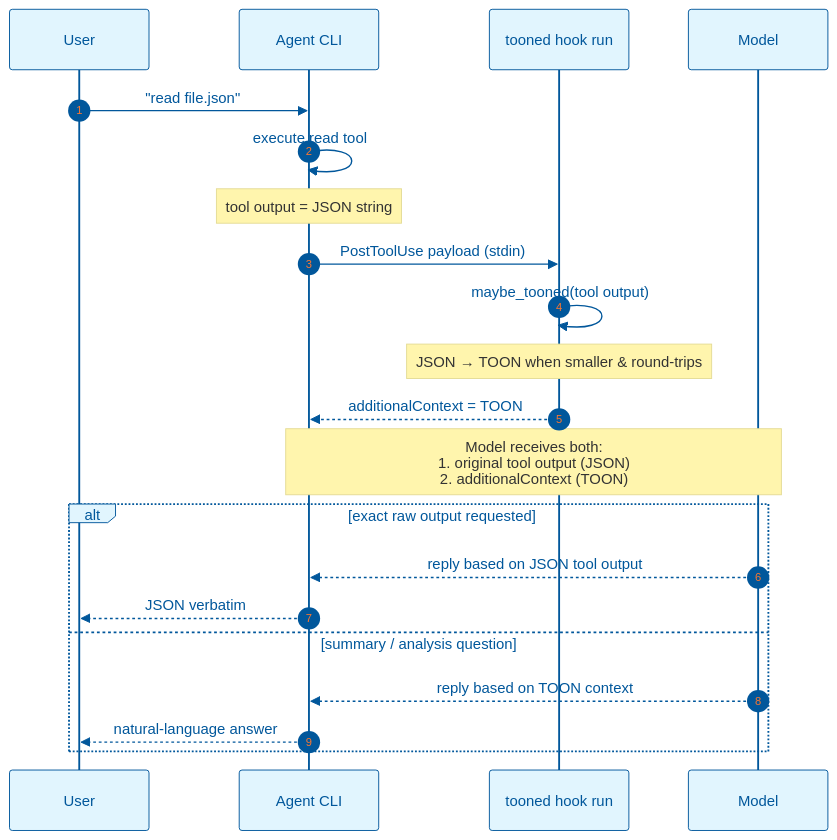
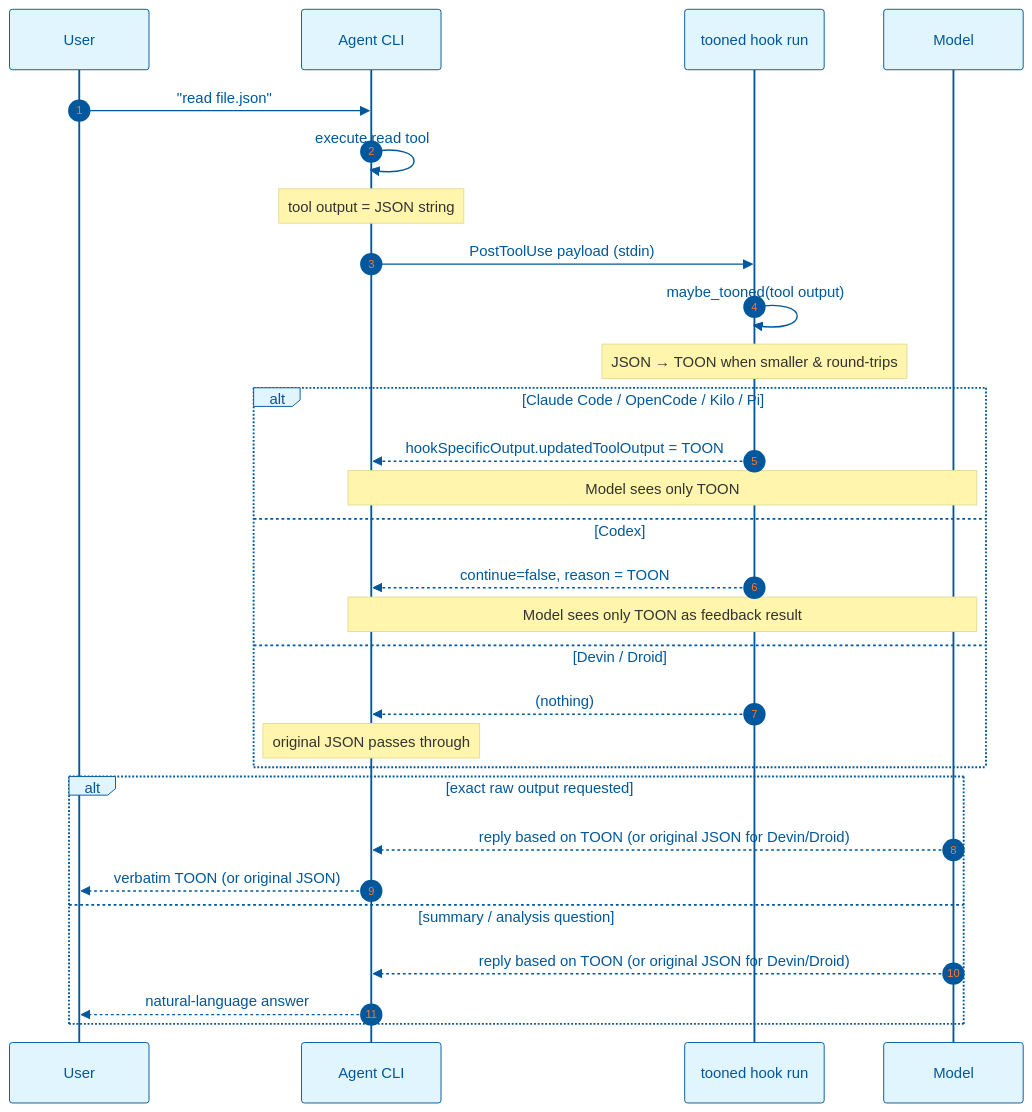
One commit to w0wl0lxd/tooned changed the first of 2 diagrams in docs/agents/toon-context-proof.md. Above: the diagram before and after it, drawn with Mermaid. The commit also changed other lines of this file and 18 other files, not shown here.

````diff
--- a/docs/agents/toon-context-proof.md
+++ b/docs/agents/toon-context-proof.md
@@ -7,25 +7,33 @@
 ```mermaid
 %%{init: {'theme': 'base', 'themeVariables': { 'primaryColor': '#e1f5fe', 'primaryTextColor': '#01579b', 'primaryBorderColor': '#01579b', 'lineColor': '#0288d1', 'secondaryColor': '#fff3e0', 'tertiaryColor': '#e8f5e9'}}}%%
 sequenceDiagram
     autonumber
     participant U as User
     participant A as Agent CLI
     participant T as tooned hook run
     participant M as Model
 
     U->>A: "read file.json"
     A->>A: execute read tool
     Note over A: tool output = JSON string
     A->>T: PostToolUse payload (stdin)
     T->>T: maybe_tooned(tool output)
     Note over T: JSON → TOON when smaller & round-trips
-    T-->>A: additionalContext = TOON
-    Note over A,M: Model receives both:<br/>1. original tool output (JSON)<br/>2. additionalContext (TOON)
+    alt Claude Code / OpenCode / Kilo / Pi
+        T-->>A: hookSpecificOutput.updatedToolOutput = TOON
+        Note over A,M: Model sees only TOON
+    else Codex
+        T-->>A: continue=false, reason = TOON
+        Note over A,M: Model sees only TOON as feedback result
+    else Devin / Droid
+        T-->>A: (nothing)
+        Note over A: original JSON passes through
+    end
     alt exact raw output requested
-        M-->>A: reply based on JSON tool output
-        A-->>U: JSON verbatim
+        M-->>A: reply based on TOON (or original JSON for Devin/Droid)
+        A-->>U: verbatim TOON (or original JSON)
     else summary / analysis question
-        M-->>A: reply based on TOON context
+        M-->>A: reply based on TOON (or original JSON for Devin/Droid)
         A-->>U: natural-language answer
     end
 ```
````
